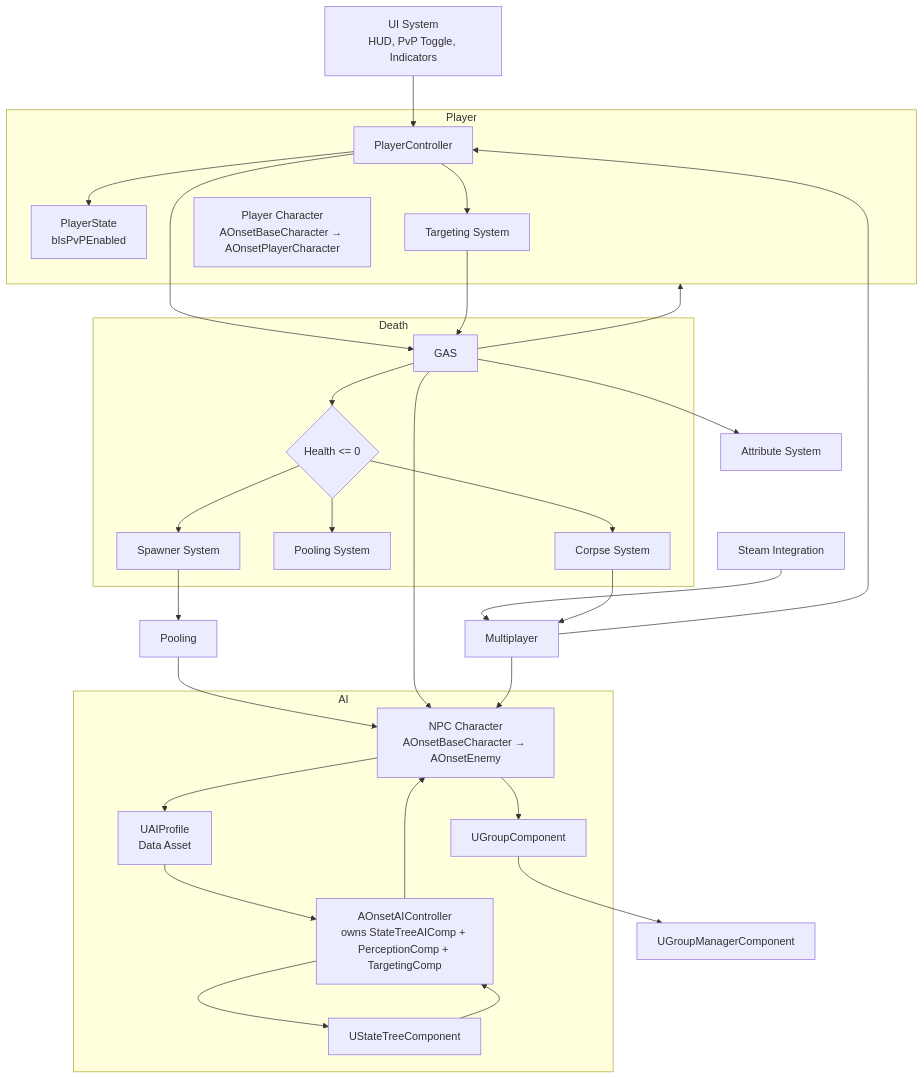
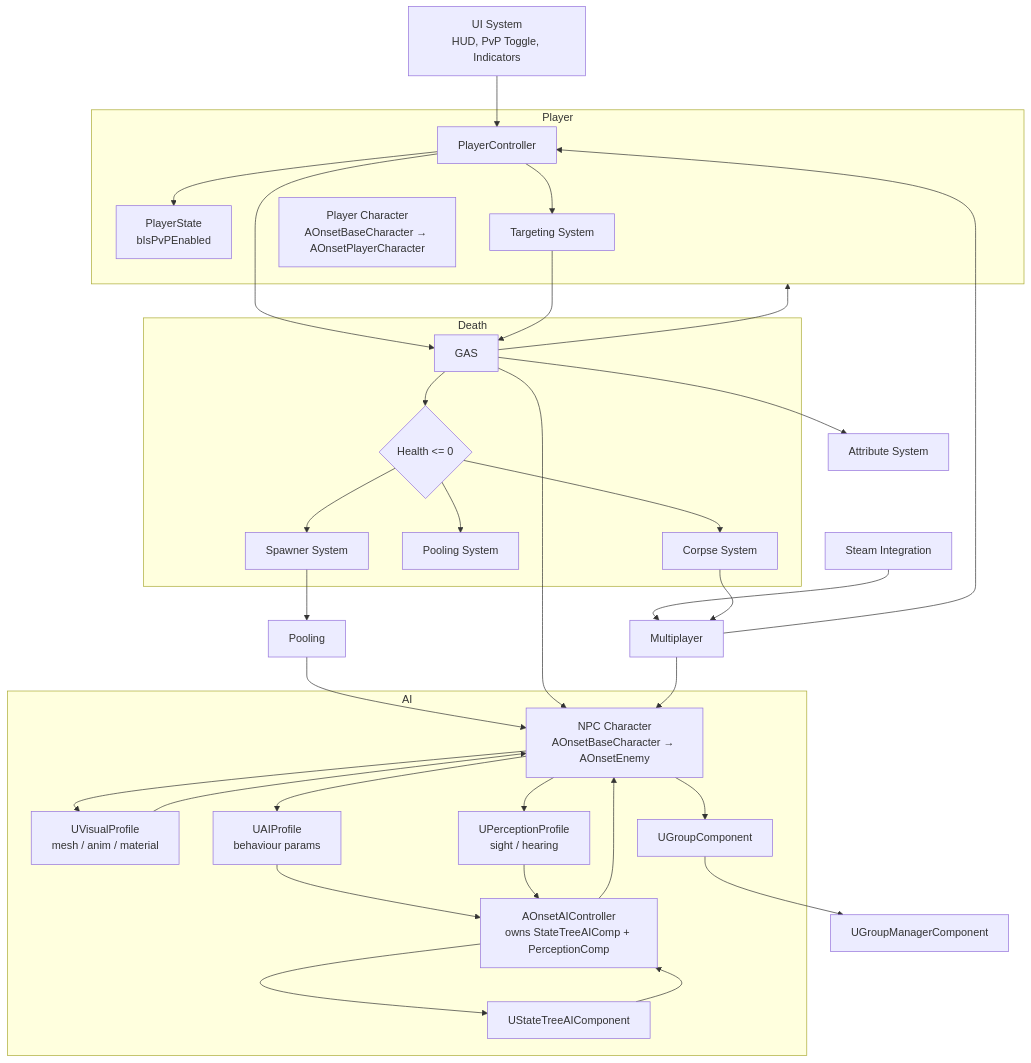
The diagram in Docs/Architecture/Architecture Overview.md (maximoh-mmo/PortfolioTutorial), drawn with Mermaid before and after one commit. The commit also changed other lines of this file and 7 other files, not shown here.

````diff
--- a/Docs/Architecture/Architecture Overview.md
+++ b/Docs/Architecture/Architecture Overview.md
@@ -26,51 +26,57 @@
 ```mermaid
 flowchart TD
     UI[UI System<br/>HUD, PvP Toggle, Indicators] --> PC[PlayerController]
     PC --> PS[PlayerState<br/>bIsPvPEnabled]
     PC --> Targeting[Targeting System]
     PC --> GAS
 
     Targeting --> GAS
     GAS --> Attributes[Attribute System]
 
     subgraph Player
         PC
         PS
         Targeting
         PlayerChar[Player Character<br/>AOnsetBaseCharacter → AOnsetPlayerCharacter]
     end
 
     subgraph AI
         NPC[NPC Character<br/>AOnsetBaseCharacter → AOnsetEnemy]
-        AIC[AOnsetAIController<br/>owns StateTreeAIComp + PerceptionComp + TargetingComp]
-        STC[UStateTreeComponent]
-        Profile[UAIProfile<br/>Data Asset]
+        AIC[AOnsetAIController<br/>owns StateTreeAIComp + PerceptionComp]
+        STC[UStateTreeAIComponent]
+        VisProfile[UVisualProfile<br/>mesh / anim / material]
+        AIProfile[UAIProfile<br/>behaviour params]
+        PercProfile[UPerceptionProfile<br/>sight / hearing]
         GComp[UGroupComponent]
     end
 
     Spawner --> Pooling
     Pooling --> NPC
+    NPC --> VisProfile
+    NPC --> AIProfile
+    NPC --> PercProfile
     NPC --> GComp
-    NPC --> Profile
     GComp --> GManager[UGroupManagerComponent]
 
-    Profile --> AIC
+    VisProfile --> NPC
+    AIProfile --> AIC
+    PercProfile --> AIC
     AIC --> STC
     STC --> AIC
     AIC --> NPC
 
     GAS --> NPC
     GAS --> Player
 
     subgraph Death
         GAS --> DeathFork{Health <= 0}
         DeathFork --> Pool[Pooling System]
         DeathFork --> Corpse[Corpse System]
         DeathFork --> Spawner[Spawner System]
     end
 
     Steam[Steam Integration] --> Multiplayer
     Multiplayer --> PC
     Multiplayer --> NPC
     Corpse --> Multiplayer
 ```
````
